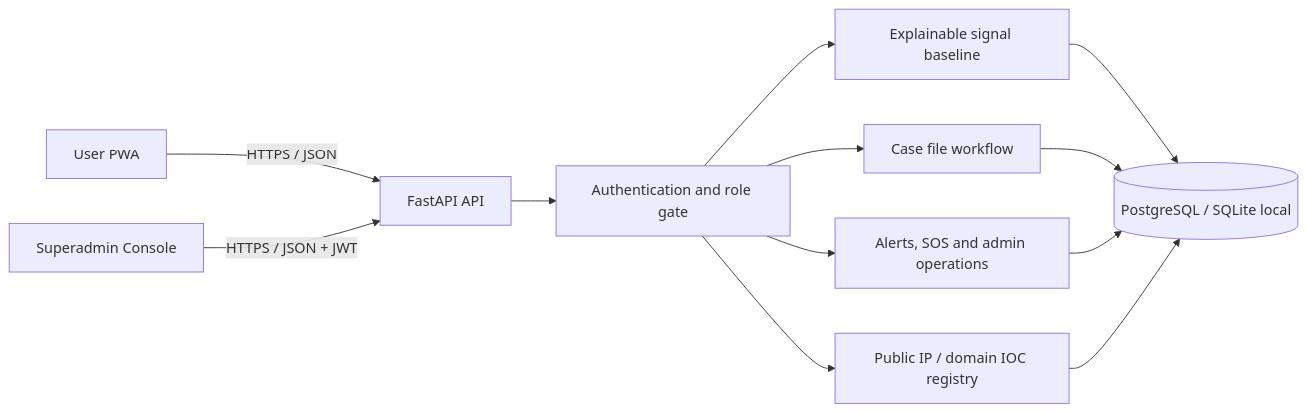
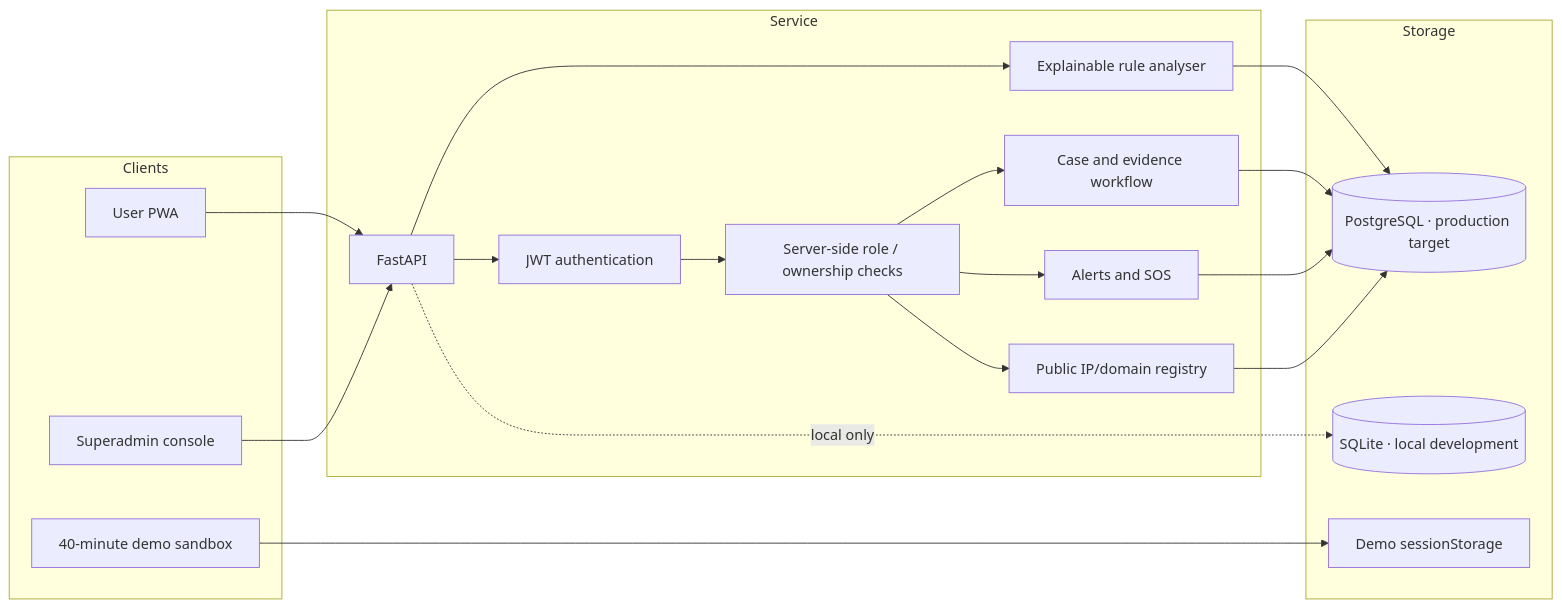
One commit to Adarsh-Singh-Chauhan/dristhi changed the first of 2 diagrams in docs/ARCHITECTURE.md. Above: the diagram before and after it, drawn with Mermaid. The commit also changed other lines of this file, not shown here.

Commit message:
docs: align architecture guide with deployed system

```diff
--- a/docs/ARCHITECTURE.md
+++ b/docs/ARCHITECTURE.md
@@ -29,14 +18,35 @@
 ~~~mermaid
 flowchart LR
-  U[User PWA] -->|HTTPS / JSON| API[FastAPI API]
-  A[Superadmin Console] -->|HTTPS / JSON + JWT| API
-  API --> AUTH[Authentication and role gate]
-  AUTH --> ANALYZER[Explainable signal baseline]
-  AUTH --> CASES[Case file workflow]
-  AUTH --> OPS[Alerts, SOS and admin operations]
-  AUTH --> IOC[Public IP / domain IOC registry]
-  ANALYZER --> DB[(PostgreSQL / SQLite local)]
-  CASES --> DB
-  OPS --> DB
-  IOC --> DB
+  subgraph Clients
+    U[User PWA]
+    A[Superadmin console]
+    D[40-minute demo sandbox]
+  end
+  subgraph Service
+    F[FastAPI]
+    AUTH[JWT authentication]
+    ROLE[Server-side role / ownership checks]
+    ANALYZE[Explainable rule analyser]
+    CASE[Case and evidence workflow]
+    OPS[Alerts and SOS]
+    IOC[Public IP/domain registry]
+  end
+  subgraph Storage
+    PG[(PostgreSQL · production target)]
+    SQ[(SQLite · local development)]
+    SS[Demo sessionStorage]
+  end
+  U --> F
+  A --> F
+  F --> AUTH --> ROLE
+  F --> ANALYZE
+  ROLE --> CASE
+  ROLE --> OPS
+  ROLE --> IOC
+  ANALYZE --> PG
+  CASE --> PG
+  OPS --> PG
+  IOC --> PG
+  F -. local only .-> SQ
+  D --> SS
 ~~~
```
